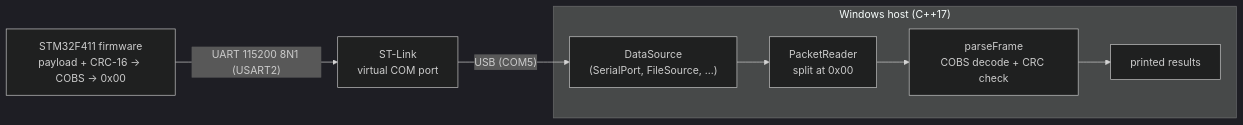
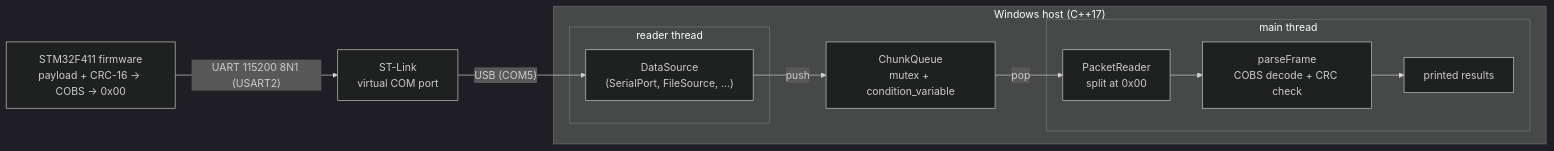
Before and after one commit to kevinoaguilar/stm32-serial-telemetry: the diagram in README.md, drawn with Mermaid (dark theme). The commit also changed other lines of this file, not shown here.

First line of the commit message:
Document the reader thread design and new build flags

````diff
--- a/README.md
+++ b/README.md
@@ -9,8 +9,15 @@
 ```mermaid
 flowchart LR
     A["STM32F411 firmware<br/>payload + CRC-16 → COBS → 0x00"] -->|"UART 115200 8N1 (USART2)"| B["ST-Link<br/>virtual COM port"]
     B -->|"USB (COM5)"| C["DataSource<br/>(SerialPort, FileSource, ...)"]
     subgraph Host["Windows host (C++17)"]
-        C --> D["PacketReader<br/>split at 0x00"] --> E["parseFrame<br/>COBS decode + CRC check"] --> F["printed results"]
+        subgraph RT["reader thread"]
+            C
+        end
+        C -->|"push"| Q["ChunkQueue<br/>mutex + condition_variable"]
+        subgraph MT["main thread"]
+            D["PacketReader<br/>split at 0x00"] --> E["parseFrame<br/>COBS decode + CRC check"] --> F["printed results"]
+        end
+        Q -->|"pop"| D
     end
 ```
````
